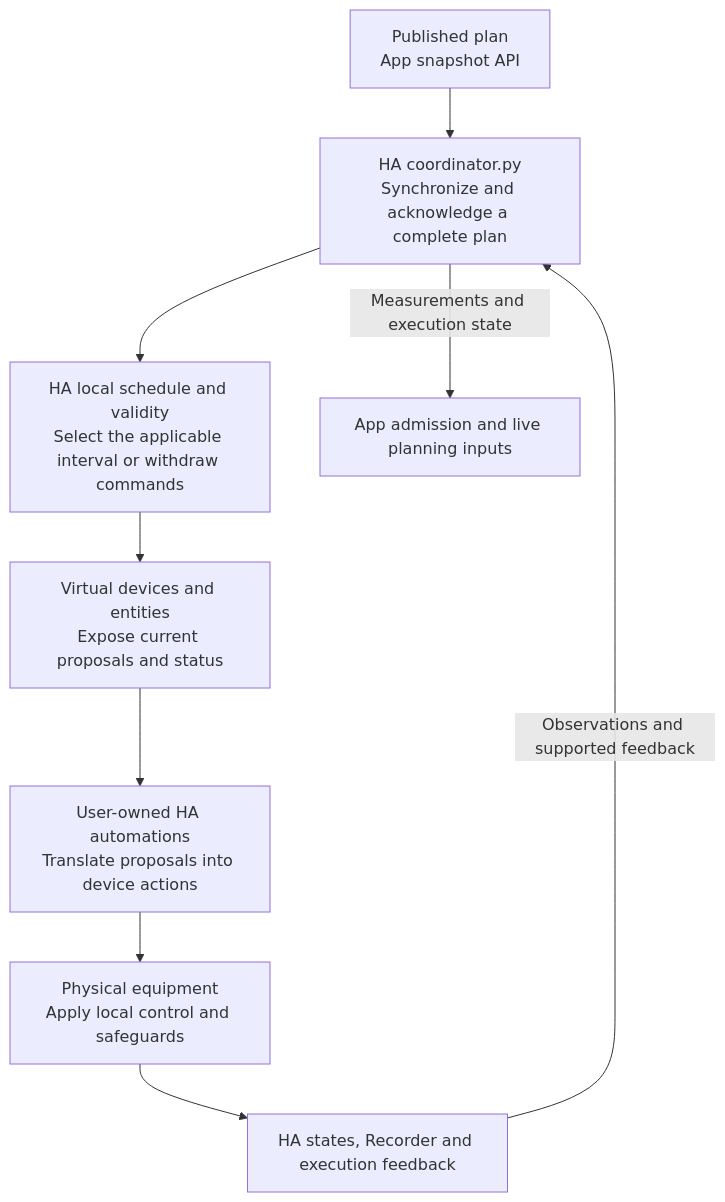
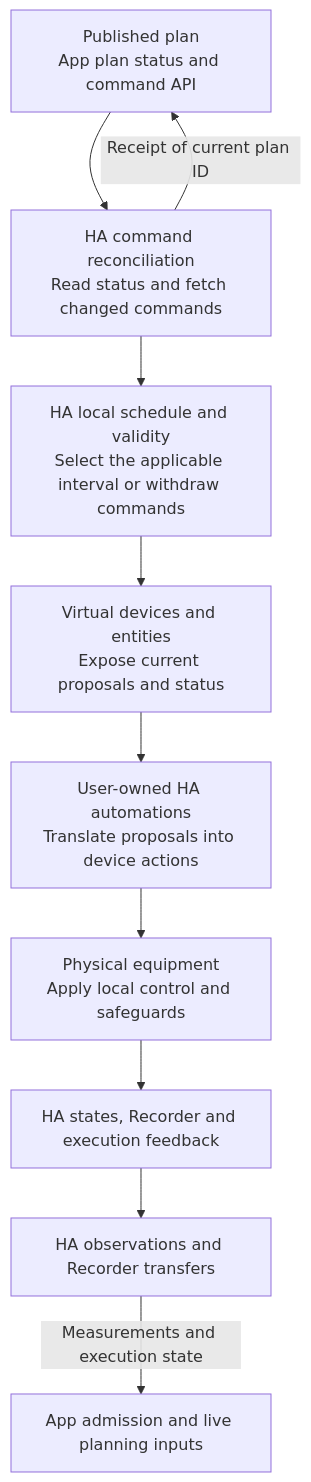
One commit to patrickvorgers/open-energy-planner changed the seventh of 8 diagrams in docs/development/ARCHITECTURE-OVERVIEW.md. Above: the diagram before and after it, drawn with Mermaid. The commit also changed other lines of this file and 36 other files, not shown here.

````diff
--- a/docs/development/ARCHITECTURE-OVERVIEW.md
+++ b/docs/development/ARCHITECTURE-OVERVIEW.md
@@ -211,13 +211,14 @@
 ```mermaid
 flowchart TD
     accTitle: Plan synchronization and feedback in Home Assistant
     accDescr: The HA integration checks received plans locally and exposes current virtual commands. User automations control equipment, and execution feedback returns over synchronization.
-    PLAN["Published plan<br/>App snapshot API"] --> SYNC["HA coordinator.py<br/>Synchronize and acknowledge a complete plan"]
+    PLAN["Published plan<br/>App plan status and command API"] --> SYNC["HA command reconciliation<br/>Read status and fetch changed commands"]
+    SYNC -->|"Receipt of current plan ID"| PLAN
     SYNC --> SCHEDULE["HA local schedule and validity<br/>Select the applicable interval or withdraw commands"]
     SCHEDULE --> ENTITIES["Virtual devices and entities<br/>Expose current proposals and status"]
     ENTITIES --> AUTOMATION["User-owned HA automations<br/>Translate proposals into device actions"]
     AUTOMATION --> EQUIPMENT["Physical equipment<br/>Apply local control and safeguards"]
     EQUIPMENT --> EVIDENCE["HA states, Recorder and execution feedback"]
-    EVIDENCE -->|Observations and supported feedback| SYNC
-    SYNC -->|Measurements and execution state| LIVE["App admission and live planning inputs"]
+    EVIDENCE --> SEPARATE["HA observations and Recorder transfers"]
+    SEPARATE -->|Measurements and execution state| LIVE["App admission and live planning inputs"]
 ```
````
